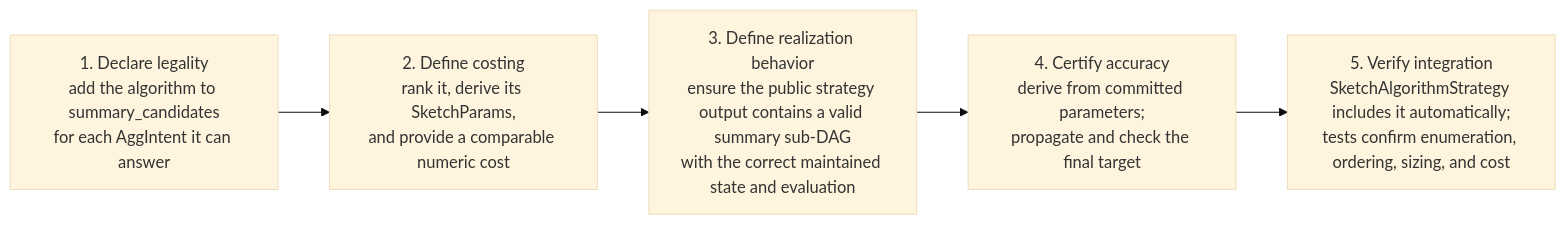
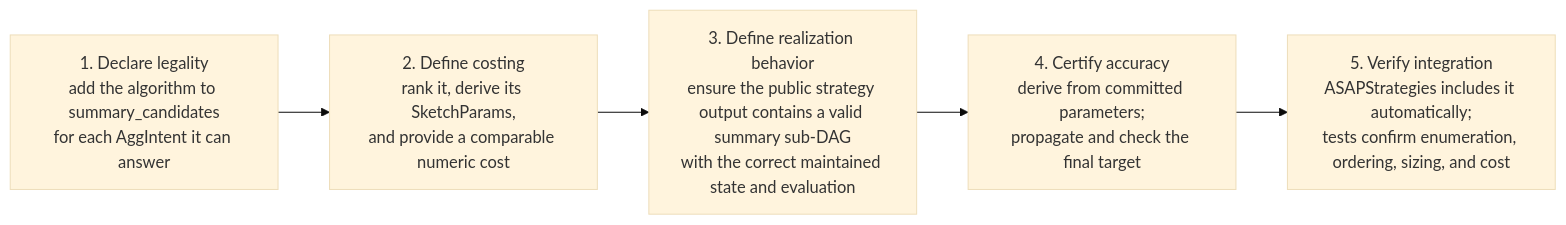
One commit to ProjectASAP/ASAPPlanner changed the fourth of 4 diagrams in docs/develop_docs/extend-asap-aware-mapping.md. Above: the diagram before and after it, drawn with Mermaid (base theme). The commit also changed other lines of this file and 42 other files, not shown here.

````diff
--- a/docs/develop_docs/extend-asap-aware-mapping.md
+++ b/docs/develop_docs/extend-asap-aware-mapping.md
@@ -775,8 +775,8 @@
 ```mermaid
 flowchart LR
   MAP["1. Declare legality<br/>add the algorithm to summary_candidates<br/>for each AggIntent it can answer"]
   MAP --> MODEL["2. Define costing<br/>rank it, derive its SketchParams,<br/>and provide a comparable numeric cost"]
   MODEL --> BUILD["3. Define realization behavior<br/>ensure the public strategy output contains a valid summary sub-DAG<br/>with the correct maintained state and evaluation"]
   BUILD --> ACC["4. Certify accuracy<br/>derive from committed parameters;<br/>propagate and check the final target"]
-  ACC --> ENUM["5. Verify integration<br/>SketchAlgorithmStrategy includes it automatically;<br/>tests confirm enumeration, ordering, sizing, and cost"]
+  ACC --> ENUM["5. Verify integration<br/>ASAPStrategies includes it automatically;<br/>tests confirm enumeration, ordering, sizing, and cost"]
 ```
````
